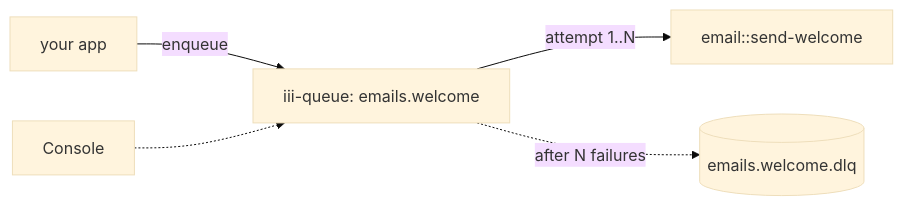
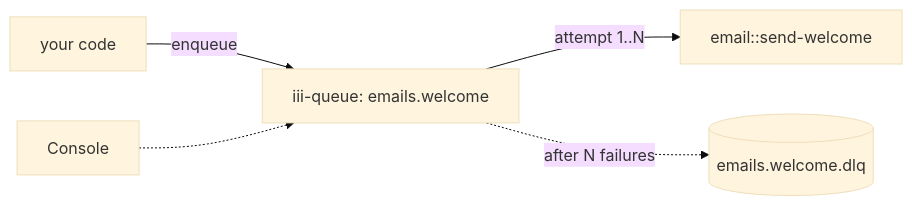
The diagram in docs/tutorials/background-jobs-without-a-runner.mdx (mrap/hex-iii), drawn with Mermaid (base theme) before and after one commit. The commit also changed other lines of this file and 10 other files, not shown here.

````diff
--- a/docs/tutorials/background-jobs-without-a-runner.mdx
+++ b/docs/tutorials/background-jobs-without-a-runner.mdx
@@ -76,7 +91,7 @@
 ```mermaid
 graph LR
-  App[your app] -->|enqueue| Q[iii-queue: emails.welcome]
+  App[your code] -->|enqueue| Q[iii-queue: emails.welcome]
   Q -->|attempt 1..N| H[email::send-welcome]
   Q -.->|after N failures| DLQ[(emails.welcome.dlq)]
-  Console[Console] -.-> Q
+  Console -.-> Q
 ```
````
